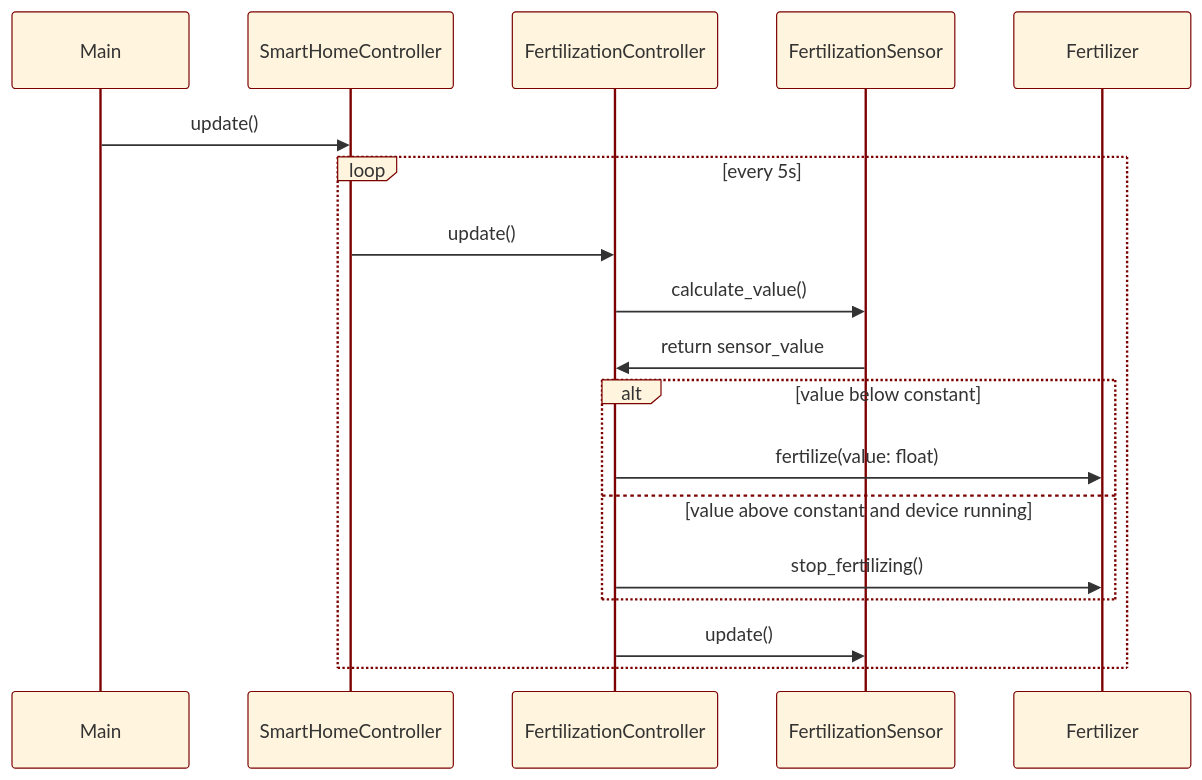
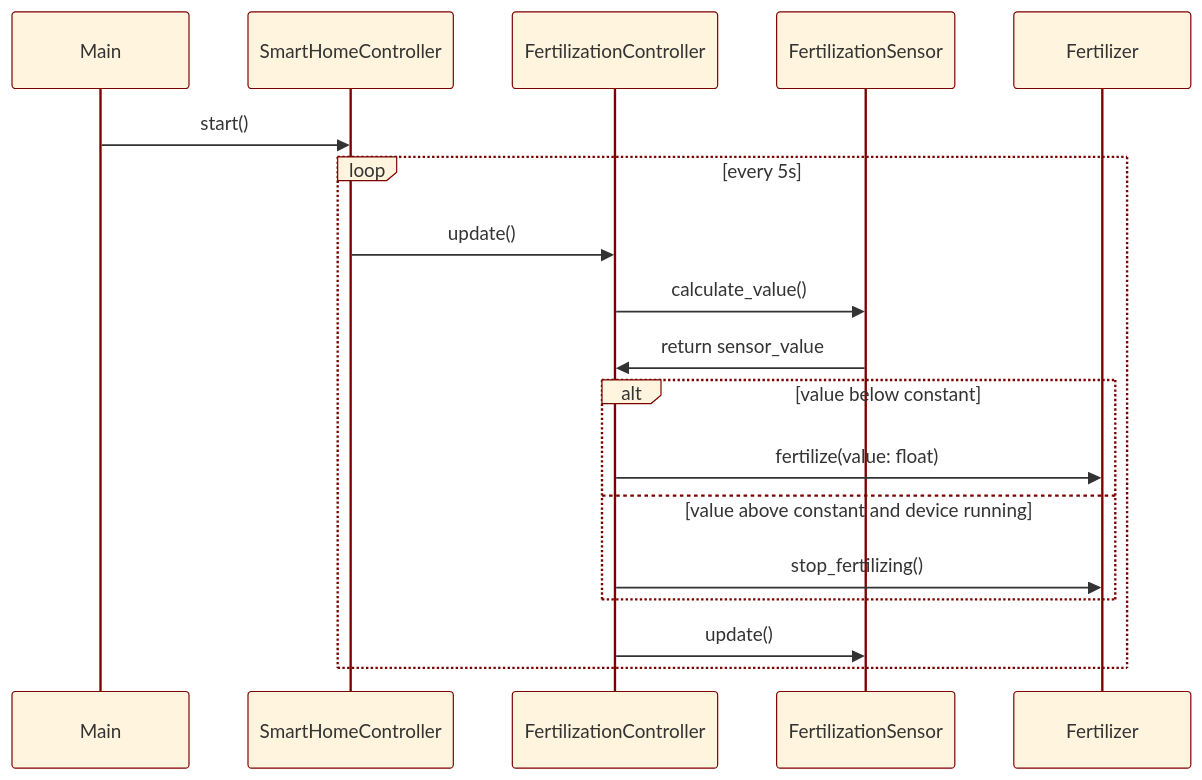
Before and after one commit to 930C/PySmartHome: the second of 3 diagrams in docs/doku.md, drawn with Mermaid. The commit also changed other lines of this file, not shown here.

````diff
--- a/docs/doku.md
+++ b/docs/doku.md
@@ -311,25 +314,25 @@
 ```mermaid
 %%{
   init: {
     'theme': 'base',
     'themeVariables': {
       'primaryBorderColor': '#7C0000',
       'lineColor': '#F8B229',
       'tertiaryColor': '#fff'
     }
   }
 }%%
 sequenceDiagram
-    Main->>SmartHomeController: update()
+    Main->>SmartHomeController: start()
     loop every 5s
         SmartHomeController->>FertilizationController: update()
             FertilizationController->>FertilizationSensor: calculate_value()
             FertilizationSensor->>FertilizationController: return sensor_value
             alt value below constant
                 FertilizationController->>Fertilizer: fertilize(value: float)            
             else value above constant and device running
                 FertilizationController->>Fertilizer: stop_fertilizing()
             end
         FertilizationController->>FertilizationSensor: update()
     end
 ```
````
